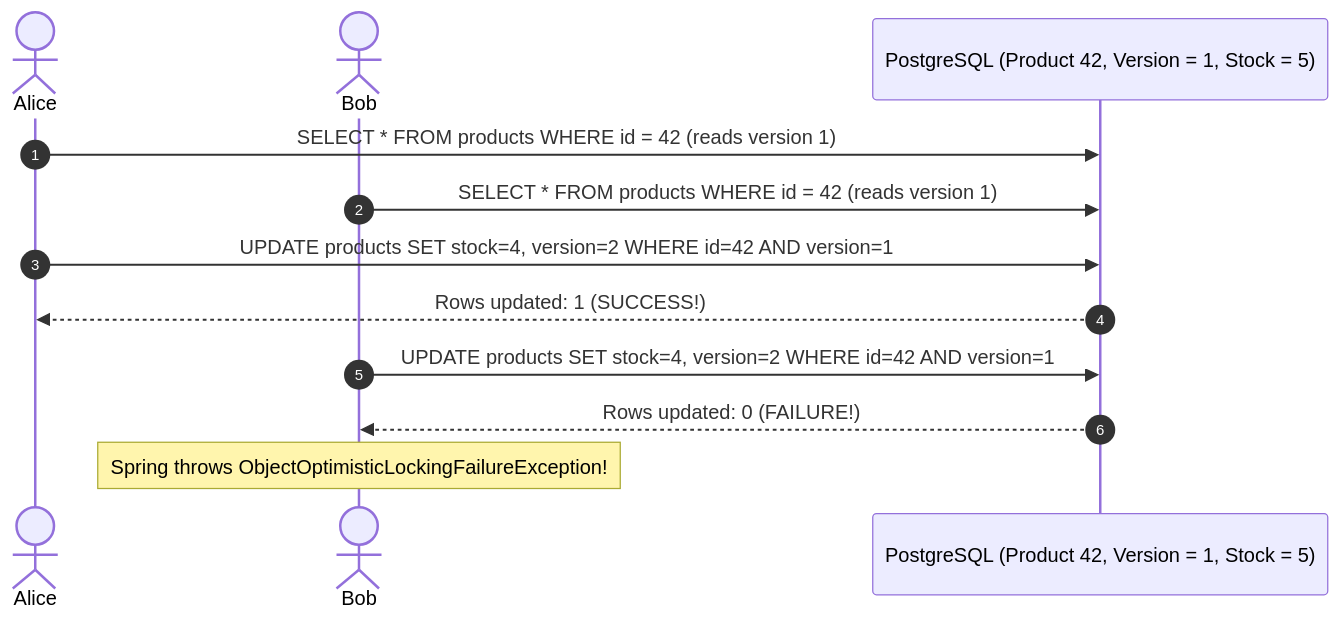
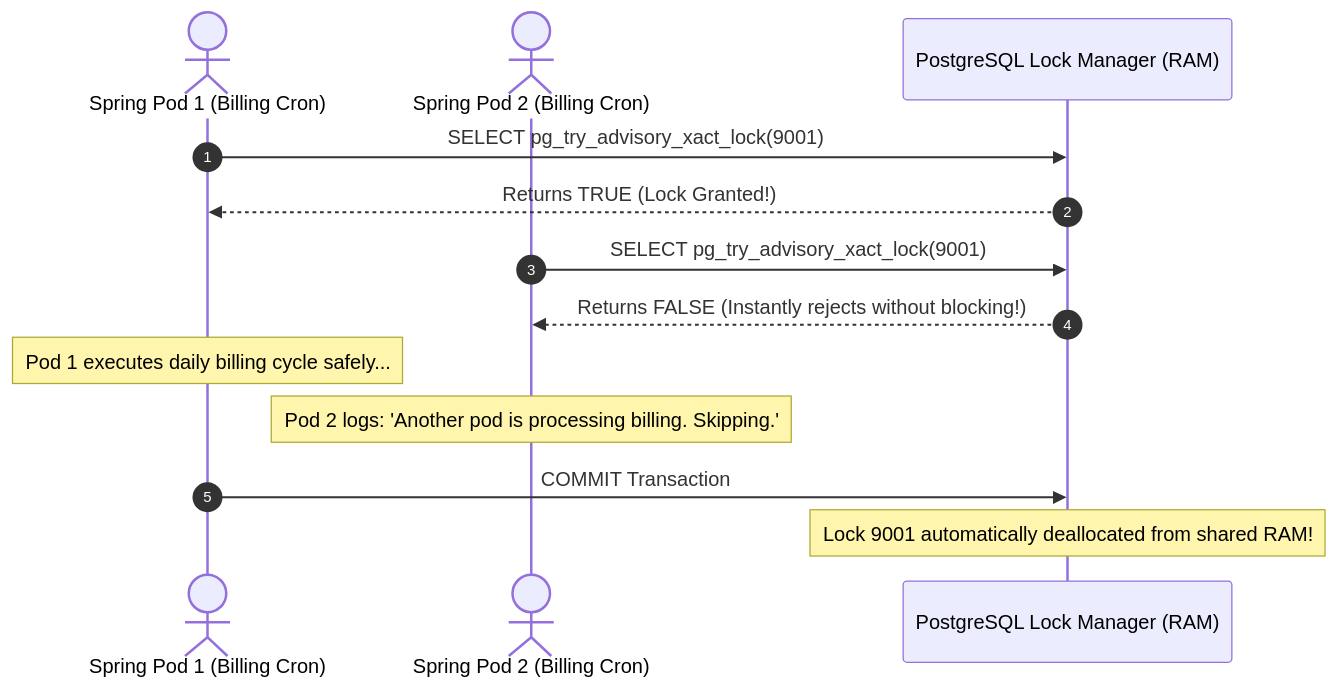
Before and after one commit to weaponxwolf/backend-engineering-mastry: the sixth of 7 diagrams in docs/database/locking-isolation.mdx, drawn with Mermaid. The commit also changed other lines of this file and 8 other files, not shown here.

````diff
--- a/docs/database/locking-isolation.mdx
+++ b/docs/database/locking-isolation.mdx
@@ -234,17 +283,19 @@
 ```mermaid
 sequenceDiagram
     autonumber
-    actor Alice
-    actor Bob
-    participant DB as PostgreSQL (Product 42, Version = 1, Stock = 5)
+    actor Pod1 as Spring Pod 1 (Billing Cron)
+    actor Pod2 as Spring Pod 2 (Billing Cron)
+    participant DB as PostgreSQL Lock Manager (RAM)
 
-    Alice->>DB: SELECT * FROM products WHERE id = 42 (reads version 1)
-    Bob->>DB: SELECT * FROM products WHERE id = 42 (reads version 1)
+    Pod1->>DB: SELECT pg_try_advisory_xact_lock(9001)
+    DB-->>Pod1: Returns TRUE (Lock Granted!)
     
-    Alice->>DB: UPDATE products SET stock=4, version=2 WHERE id=42 AND version=1
-    DB-->>Alice: Rows updated: 1 (SUCCESS!)
-
-    Bob->>DB: UPDATE products SET stock=4, version=2 WHERE id=42 AND version=1
-    DB-->>Bob: Rows updated: 0 (FAILURE!)
-    Note over Bob: Spring throws ObjectOptimisticLockingFailureException!
+    Pod2->>DB: SELECT pg_try_advisory_xact_lock(9001)
+    DB-->>Pod2: Returns FALSE (Instantly rejects without blocking!)
+    
+    Note over Pod1: Pod 1 executes daily billing cycle safely...
+    Note over Pod2: Pod 2 logs: 'Another pod is processing billing. Skipping.'
+    
+    Pod1->>DB: COMMIT Transaction
+    Note over DB: Lock 9001 automatically deallocated from shared RAM!
 ```
````
